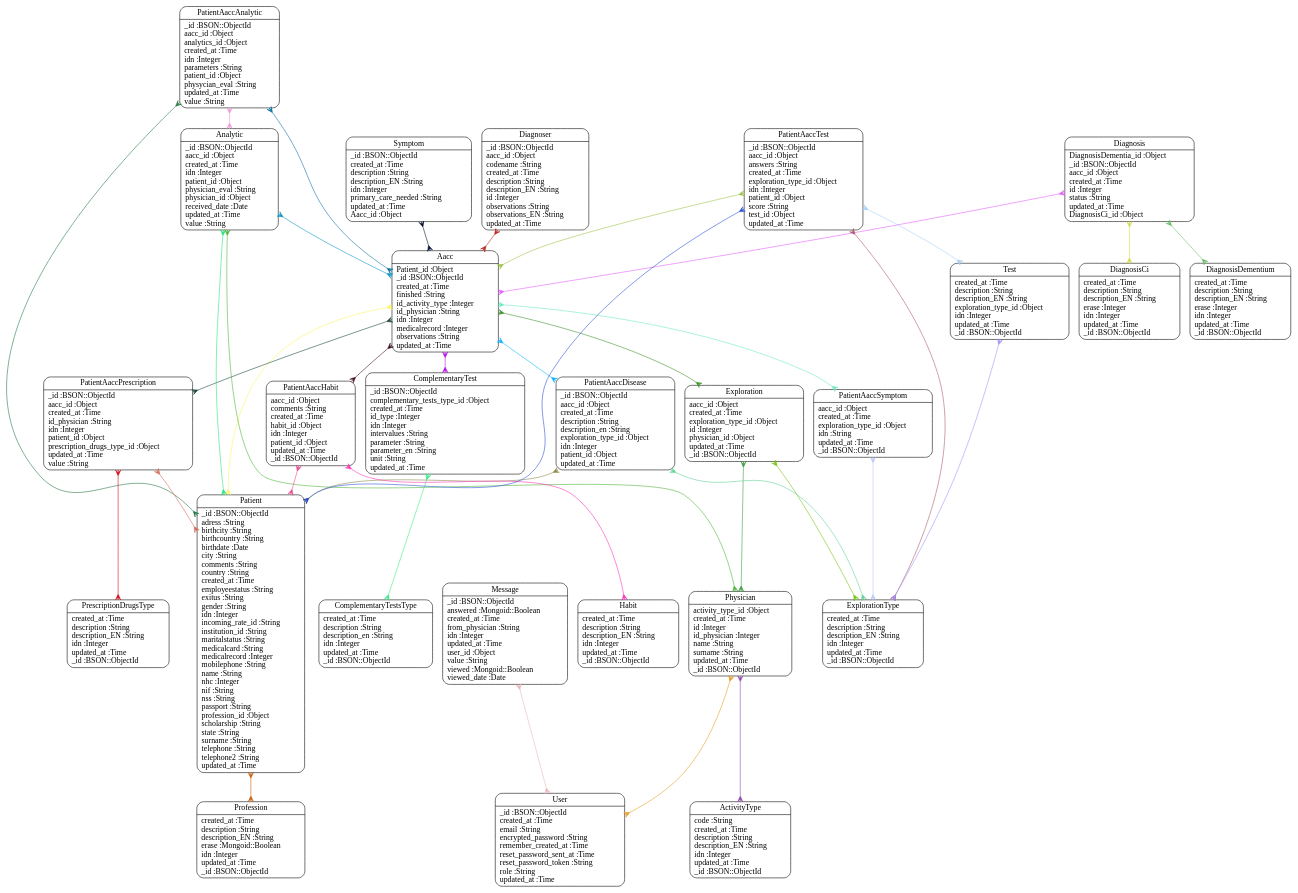
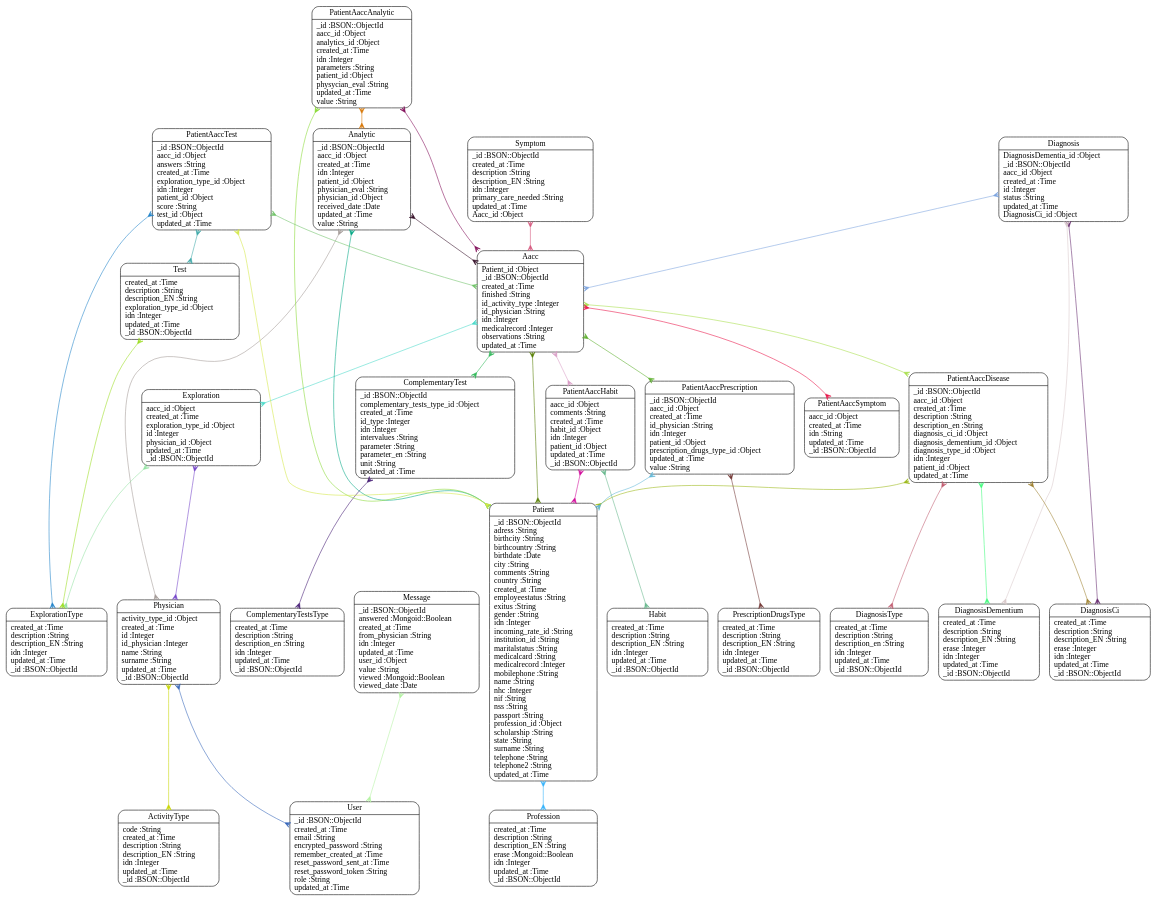
Before and after one commit to aruquense/TFG: the diagram in prueba2.dot, drawn with Graphviz. The commit also changed 29 other files, not shown here.

```diff
--- a/prueba2.dot
+++ b/prueba2.dot
@@ -1,66 +1,66 @@
 digraph models_diagram {
 	graph[overlap=false, splines=true, bgcolor="white"]
 	"Aacc" [shape=Mrecord, label="{Aacc|Patient_id :Object\l_id :BSON::ObjectId\lcreated_at :Time\lfinished :String\lid_activity_type :Integer\lid_physician :String\lidn :Integer\lmedicalrecord :Integer\lobservations :String\lupdated_at :Time\l}"]
 	"ActivityType" [shape=Mrecord, label="{ActivityType|code :String\lcreated_at :Time\ldescription :String\ldescription_EN :String\lidn :Integer\lupdated_at :Time\l_id :BSON::ObjectId\l}"]
 	"Analytic" [shape=Mrecord, label="{Analytic|_id :BSON::ObjectId\laacc_id :Object\lcreated_at :Time\lidn :Integer\lpatient_id :Object\lphysician_eval :String\lphysician_id :Object\lreceived_date :Date\lupdated_at :Time\lvalue :String\l}"]
 	"ComplementaryTest" [shape=Mrecord, label="{ComplementaryTest|_id :BSON::ObjectId\lcomplementary_tests_type_id :Object\lcreated_at :Time\lid_type :Integer\lidn :Integer\lintervalues :String\lparameter :String\lparameter_en :String\lunit :String\lupdated_at :Time\l}"]
 	"ComplementaryTestsType" [shape=Mrecord, label="{ComplementaryTestsType|created_at :Time\ldescription :String\ldescription_en :String\lidn :Integer\lupdated_at :Time\l_id :BSON::ObjectId\l}"]
-	"Diagnoser" [shape=Mrecord, label="{Diagnoser|_id :BSON::ObjectId\laacc_id :Object\lcodename :String\lcreated_at :Time\ldescription :String\ldescription_EN :String\lid :Integer\lobservations :String\lobservations_EN :String\lupdated_at :Time\l}"]
 	"Diagnosis" [shape=Mrecord, label="{Diagnosis|DiagnosisDementia_id :Object\l_id :BSON::ObjectId\laacc_id :Object\lcreated_at :Time\lid :Integer\lstatus :String\lupdated_at :Time\lDiagnosisCi_id :Object\l}"]
 	"DiagnosisCi" [shape=Mrecord, label="{DiagnosisCi|created_at :Time\ldescription :String\ldescription_EN :String\lerase :Integer\lidn :Integer\lupdated_at :Time\l_id :BSON::ObjectId\l}"]
 	"DiagnosisDementium" [shape=Mrecord, label="{DiagnosisDementium|created_at :Time\ldescription :String\ldescription_EN :String\lerase :Integer\lidn :Integer\lupdated_at :Time\l_id :BSON::ObjectId\l}"]
+	"DiagnosisType" [shape=Mrecord, label="{DiagnosisType|created_at :Time\ldescription :String\ldescription_en :String\lidn :Integer\lupdated_at :Time\l_id :BSON::ObjectId\l}"]
 	"Exploration" [shape=Mrecord, label="{Exploration|aacc_id :Object\lcreated_at :Time\lexploration_type_id :Object\lid :Integer\lphysician_id :Object\lupdated_at :Time\l_id :BSON::ObjectId\l}"]
 	"ExplorationType" [shape=Mrecord, label="{ExplorationType|created_at :Time\ldescription :String\ldescription_EN :String\lidn :Integer\lupdated_at :Time\l_id :BSON::ObjectId\l}"]
 	"Habit" [shape=Mrecord, label="{Habit|created_at :Time\ldescription :String\ldescription_EN :String\lidn :Integer\lupdated_at :Time\l_id :BSON::ObjectId\l}"]
 	"Message" [shape=Mrecord, label="{Message|_id :BSON::ObjectId\lanswered :Mongoid::Boolean\lcreated_at :Time\lfrom_physician :String\lidn :Integer\lupdated_at :Time\luser_id :Object\lvalue :String\lviewed :Mongoid::Boolean\lviewed_date :Date\l}"]
 	"Patient" [shape=Mrecord, label="{Patient|_id :BSON::ObjectId\ladress :String\lbirthcity :String\lbirthcountry :String\lbirthdate :Date\lcity :String\lcomments :String\lcountry :String\lcreated_at :Time\lemployeestatus :String\lexitus :String\lgender :String\lidn :Integer\lincoming_rate_id :String\linstitution_id :String\lmaritalstatus :String\lmedicalcard :String\lmedicalrecord :Integer\lmobilephone :String\lname :String\lnhc :Integer\lnif :String\lnss :String\lpassport :String\lprofession_id :Object\lscholarship :String\lstate :String\lsurname :String\ltelephone :String\ltelephone2 :String\lupdated_at :Time\l}"]
 	"PatientAaccAnalytic" [shape=Mrecord, label="{PatientAaccAnalytic|_id :BSON::ObjectId\laacc_id :Object\lanalytics_id :Object\lcreated_at :Time\lidn :Integer\lparameters :String\lpatient_id :Object\lphysycian_eval :String\lupdated_at :Time\lvalue :String\l}"]
-	"PatientAaccDisease" [shape=Mrecord, label="{PatientAaccDisease|_id :BSON::ObjectId\laacc_id :Object\lcreated_at :Time\ldescription :String\ldescription_en :String\lexploration_type_id :Object\lidn :Integer\lpatient_id :Object\lupdated_at :Time\l}"]
+	"PatientAaccDisease" [shape=Mrecord, label="{PatientAaccDisease|_id :BSON::ObjectId\laacc_id :Object\lcreated_at :Time\ldescription :String\ldescription_en :String\ldiagnosis_ci_id :Object\ldiagnosis_dementium_id :Object\ldiagnosis_type_id :Object\lidn :Integer\lpatient_id :Object\lupdated_at :Time\l}"]
 	"PatientAaccHabit" [shape=Mrecord, label="{PatientAaccHabit|aacc_id :Object\lcomments :String\lcreated_at :Time\lhabit_id :Object\lidn :Integer\lpatient_id :Object\lupdated_at :Time\l_id :BSON::ObjectId\l}"]
 	"PatientAaccPrescription" [shape=Mrecord, label="{PatientAaccPrescription|_id :BSON::ObjectId\laacc_id :Object\lcreated_at :Time\lid_physician :String\lidn :Integer\lpatient_id :Object\lprescription_drugs_type_id :Object\lupdated_at :Time\lvalue :String\l}"]
-	"PatientAaccSymptom" [shape=Mrecord, label="{PatientAaccSymptom|aacc_id :Object\lcreated_at :Time\lexploration_type_id :Object\lidn :String\lupdated_at :Time\l_id :BSON::ObjectId\l}"]
+	"PatientAaccSymptom" [shape=Mrecord, label="{PatientAaccSymptom|aacc_id :Object\lcreated_at :Time\lidn :String\lupdated_at :Time\l_id :BSON::ObjectId\l}"]
 	"PatientAaccTest" [shape=Mrecord, label="{PatientAaccTest|_id :BSON::ObjectId\laacc_id :Object\lanswers :String\lcreated_at :Time\lexploration_type_id :Object\lidn :Integer\lpatient_id :Object\lscore :String\ltest_id :Object\lupdated_at :Time\l}"]
 	"Physician" [shape=Mrecord, label="{Physician|activity_type_id :Object\lcreated_at :Time\lid :Integer\lid_physician :Integer\lname :String\lsurname :String\lupdated_at :Time\l_id :BSON::ObjectId\l}"]
 	"PrescriptionDrugsType" [shape=Mrecord, label="{PrescriptionDrugsType|created_at :Time\ldescription :String\ldescription_EN :String\lidn :Integer\lupdated_at :Time\l_id :BSON::ObjectId\l}"]
 	"Profession" [shape=Mrecord, label="{Profession|created_at :Time\ldescription :String\ldescription_EN :String\lerase :Mongoid::Boolean\lidn :Integer\lupdated_at :Time\l_id :BSON::ObjectId\l}"]
 	"Symptom" [shape=Mrecord, label="{Symptom|_id :BSON::ObjectId\lcreated_at :Time\ldescription :String\ldescription_EN :String\lidn :Integer\lprimary_care_needed :String\lupdated_at :Time\lAacc_id :Object\l}"]
 	"Test" [shape=Mrecord, label="{Test|created_at :Time\ldescription :String\ldescription_EN :String\lexploration_type_id :Object\lidn :Integer\lupdated_at :Time\l_id :BSON::ObjectId\l}"]
 	"User" [shape=Mrecord, label="{User|_id :BSON::ObjectId\lcreated_at :Time\lemail :String\lencrypted_password :String\lremember_created_at :Time\lreset_password_sent_at :Time\lreset_password_token :String\lrole :String\lupdated_at :Time\l}"]
-	"Aacc" -> "PatientAaccSymptom" [arrowtail=crow, arrowhead=crow, dir=both color="#6DE7C0"]
-	"Aacc" -> "PatientAaccHabit" [arrowtail=crow, arrowhead=crow, dir=both color="#3E0B1F"]
-	"Aacc" -> "PatientAaccPrescription" [arrowtail=crow, arrowhead=crow, dir=both color="#14443B"]
-	"Aacc" -> "PatientAaccDisease" [arrowtail=crow, arrowhead=crow, dir=both color="#08B2FC"]
-	"Aacc" -> "Exploration" [arrowtail=crow, arrowhead=crow, dir=both color="#3C9128"]
-	"Aacc" -> "ComplementaryTest" [arrowtail=crow, arrowhead=crow, dir=both color="#B00BE3"]
-	"Aacc" -> "Patient" [arrowtail=crow, arrowhead=crow, dir=both color="#FAF55B"]
-	"Analytic" -> "Physician" [arrowtail=crow, arrowhead=crow, dir=both color="#4BB236"]
-	"Analytic" -> "Patient" [arrowtail=crow, arrowhead=crow, dir=both color="#27E181"]
-	"Analytic" -> "Aacc" [arrowtail=crow, arrowhead=crow, dir=both color="#0595C6"]
-	"ComplementaryTest" -> "ComplementaryTestsType" [arrowtail=crow, arrowhead=crow, dir=both color="#33EC85"]
-	"Diagnoser" -> "Aacc" [arrowtail=crow, arrowhead=crow, dir=both color="#BA2218"]
-	"Diagnosis" -> "Aacc" [arrowtail=crow, arrowhead=crow, dir=both color="#E458FB"]
-	"Diagnosis" -> "DiagnosisCi" [arrowtail=crow, arrowhead=crow, dir=both color="#D5DC4B"]
-	"Diagnosis" -> "DiagnosisDementium" [arrowtail=crow, arrowhead=crow, dir=both color="#69BD6A"]
-	"Exploration" -> "ExplorationType" [arrowtail=crow, arrowhead=crow, dir=both color="#73C407"]
-	"Exploration" -> "Physician" [arrowtail=crow, arrowhead=crow, dir=both color="#389C3C"]
-	"Message" -> "User" [arrowtail=crow, arrowhead=crow, dir=both color="#E9B4BA"]
-	"Patient" -> "Profession" [arrowtail=crow, arrowhead=crow, dir=both color="#C85A05"]
-	"PatientAaccAnalytic" -> "Analytic" [arrowtail=crow, arrowhead=crow, dir=both color="#EE9BD5"]
-	"PatientAaccAnalytic" -> "Patient" [arrowtail=crow, arrowhead=crow, dir=both color="#207540"]
-	"PatientAaccAnalytic" -> "Aacc" [arrowtail=crow, arrowhead=crow, dir=both color="#056FA1"]
-	"PatientAaccDisease" -> "ExplorationType" [arrowtail=crow, arrowhead=crow, dir=both color="#5CD295"]
-	"PatientAaccDisease" -> "Patient" [arrowtail=crow, arrowhead=crow, dir=both color="#878544"]
-	"PatientAaccHabit" -> "Habit" [arrowtail=crow, arrowhead=crow, dir=both color="#FD2DB9"]
-	"PatientAaccHabit" -> "Patient" [arrowtail=crow, arrowhead=crow, dir=both color="#EB448F"]
-	"PatientAaccPrescription" -> "PrescriptionDrugsType" [arrowtail=crow, arrowhead=crow, dir=both color="#D60714"]
-	"PatientAaccPrescription" -> "Patient" [arrowtail=crow, arrowhead=crow, dir=both color="#D16D59"]
-	"PatientAaccSymptom" -> "ExplorationType" [arrowtail=crow, arrowhead=crow, dir=both color="#BDC8F7"]
-	"PatientAaccTest" -> "ExplorationType" [arrowtail=crow, arrowhead=crow, dir=both color="#A85860"]
-	"PatientAaccTest" -> "Test" [arrowtail=crow, arrowhead=crow, dir=both color="#A3CEF6"]
-	"PatientAaccTest" -> "Aacc" [arrowtail=crow, arrowhead=crow, dir=both color="#9AC243"]
-	"PatientAaccTest" -> "Patient" [arrowtail=crow, arrowhead=crow, dir=both color="#294DD7"]
-	"Physician" -> "ActivityType" [arrowtail=crow, arrowhead=crow, dir=both color="#9243AE"]
-	"Physician" -> "User" [arrowtail=crow, arrowhead=crow, dir=both color="#E7991F"]
-	"Symptom" -> "Aacc" [arrowtail=crow, arrowhead=crow, dir=both color="#030E32"]
-	"Test" -> "ExplorationType" [arrowtail=crow, arrowhead=crow, dir=both color="#A191FA"]
+	"Aacc" -> "PatientAaccSymptom" [arrowtail=crow, arrowhead=crow, dir=both color="#E91549"]
+	"Aacc" -> "PatientAaccHabit" [arrowtail=crow, arrowhead=crow, dir=both color="#D99CC5"]
+	"Aacc" -> "PatientAaccPrescription" [arrowtail=crow, arrowhead=crow, dir=both color="#5CAF2C"]
+	"Aacc" -> "PatientAaccDisease" [arrowtail=crow, arrowhead=crow, dir=both color="#A7DE4B"]
+	"Aacc" -> "Exploration" [arrowtail=crow, arrowhead=crow, dir=both color="#4ADAC9"]
+	"Aacc" -> "ComplementaryTest" [arrowtail=crow, arrowhead=crow, dir=both color="#32B95A"]
+	"Aacc" -> "Patient" [arrowtail=crow, arrowhead=crow, dir=both color="#567E03"]
+	"Analytic" -> "Physician" [arrowtail=crow, arrowhead=crow, dir=both color="#A49A98"]
+	"Analytic" -> "Patient" [arrowtail=crow, arrowhead=crow, dir=both color="#03A885"]
+	"Analytic" -> "Aacc" [arrowtail=crow, arrowhead=crow, dir=both color="#351028"]
+	"ComplementaryTest" -> "ComplementaryTestsType" [arrowtail=crow, arrowhead=crow, dir=both color="#441A74"]
+	"Diagnosis" -> "Aacc" [arrowtail=crow, arrowhead=crow, dir=both color="#7CA3DF"]
+	"Diagnosis" -> "DiagnosisCi" [arrowtail=crow, arrowhead=crow, dir=both color="#672C6F"]
+	"Diagnosis" -> "DiagnosisDementium" [arrowtail=crow, arrowhead=crow, dir=both color="#D9CACB"]
+	"Exploration" -> "ExplorationType" [arrowtail=crow, arrowhead=crow, dir=both color="#94E3A2"]
+	"Exploration" -> "Physician" [arrowtail=crow, arrowhead=crow, dir=both color="#7545CA"]
+	"Message" -> "User" [arrowtail=crow, arrowhead=crow, dir=both color="#B4F2A2"]
+	"Patient" -> "Profession" [arrowtail=crow, arrowhead=crow, dir=both color="#33B3FC"]
+	"PatientAaccAnalytic" -> "Analytic" [arrowtail=crow, arrowhead=crow, dir=both color="#D77706"]
+	"PatientAaccAnalytic" -> "Patient" [arrowtail=crow, arrowhead=crow, dir=both color="#89DA34"]
+	"PatientAaccAnalytic" -> "Aacc" [arrowtail=crow, arrowhead=crow, dir=both color="#810B58"]
+	"PatientAaccDisease" -> "Patient" [arrowtail=crow, arrowhead=crow, dir=both color="#9AB815"]
+	"PatientAaccDisease" -> "DiagnosisDementium" [arrowtail=crow, arrowhead=crow, dir=both color="#42FB7C"]
+	"PatientAaccDisease" -> "DiagnosisCi" [arrowtail=crow, arrowhead=crow, dir=both color="#9F8132"]
+	"PatientAaccDisease" -> "DiagnosisType" [arrowtail=crow, arrowhead=crow, dir=both color="#C15C70"]
+	"PatientAaccHabit" -> "Habit" [arrowtail=crow, arrowhead=crow, dir=both color="#67B88C"]
+	"PatientAaccHabit" -> "Patient" [arrowtail=crow, arrowhead=crow, dir=both color="#D2099B"]
+	"PatientAaccPrescription" -> "PrescriptionDrugsType" [arrowtail=crow, arrowhead=crow, dir=both color="#723734"]
+	"PatientAaccPrescription" -> "Patient" [arrowtail=crow, arrowhead=crow, dir=both color="#61B8D7"]
+	"PatientAaccTest" -> "ExplorationType" [arrowtail=crow, arrowhead=crow, dir=both color="#2183C9"]
+	"PatientAaccTest" -> "Test" [arrowtail=crow, arrowhead=crow, dir=both color="#3FA9AA"]
+	"PatientAaccTest" -> "Aacc" [arrowtail=crow, arrowhead=crow, dir=both color="#70C368"]
+	"PatientAaccTest" -> "Patient" [arrowtail=crow, arrowhead=crow, dir=both color="#D5E847"]
+	"Physician" -> "ActivityType" [arrowtail=crow, arrowhead=crow, dir=both color="#C8D601"]
+	"Physician" -> "User" [arrowtail=crow, arrowhead=crow, dir=both color="#3466BA"]
+	"Symptom" -> "Aacc" [arrowtail=crow, arrowhead=crow, dir=both color="#D6597F"]
+	"Test" -> "ExplorationType" [arrowtail=crow, arrowhead=crow, dir=both color="#9ADD20"]
 }
```
